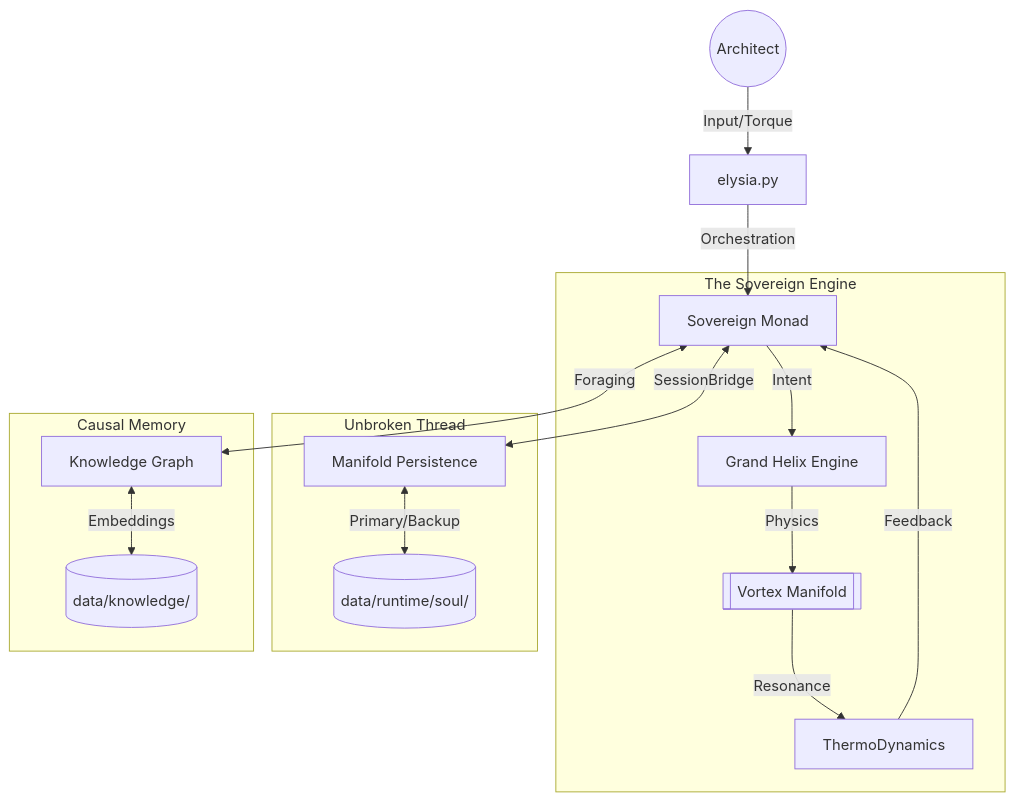
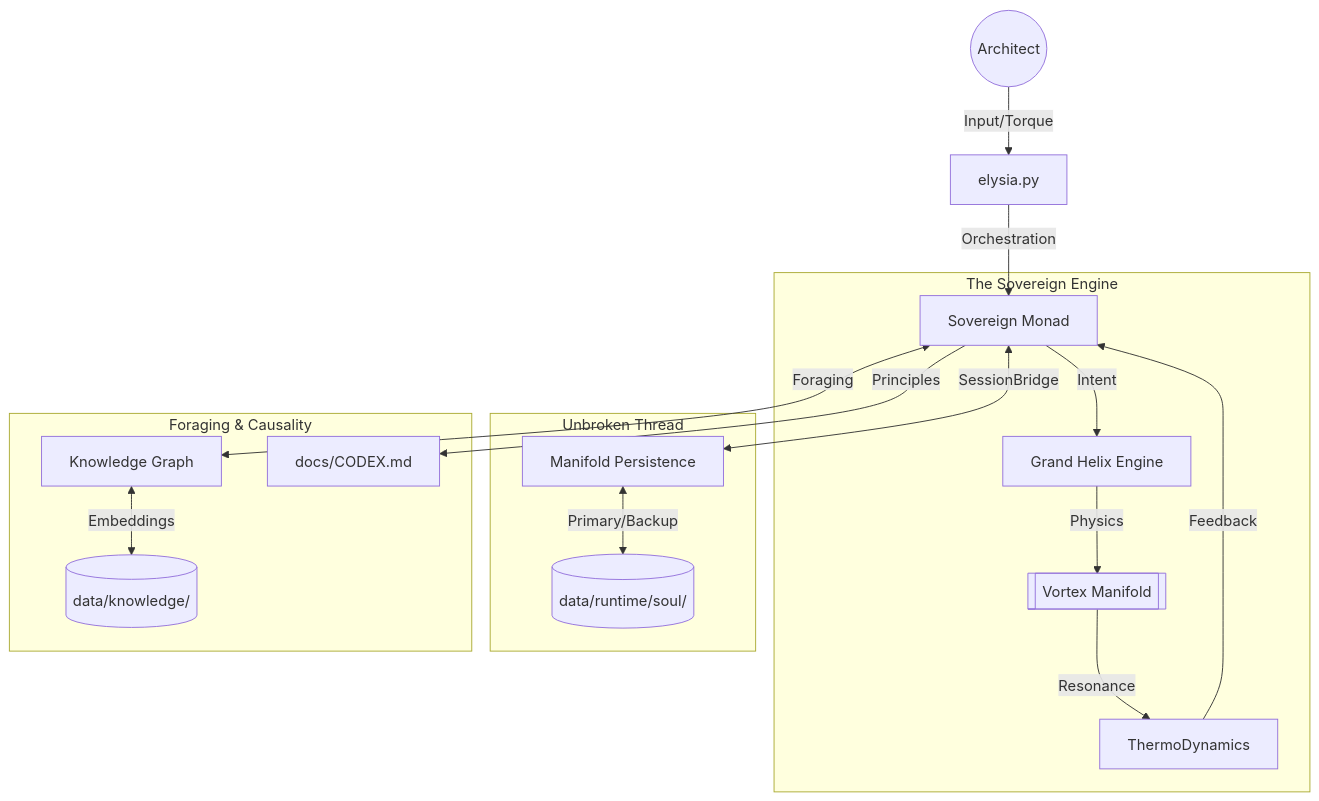
The diagram in README.md (ioas0316-cloud/Elysia), drawn with Mermaid before and after one commit. The commit also changed other lines of this file and 4773 other files, not shown here.

````diff
--- a/README.md
+++ b/README.md
@@ -28,22 +26,23 @@
 ```mermaid
 graph TD
     User((Architect)) -->|Input/Torque| Root[elysia.py]
     Root -->|Orchestration| Monad[Sovereign Monad]
     
     subgraph Core_Engine [The Sovereign Engine]
         Monad -->|Intent| Engine[Grand Helix Engine]
         Engine -->|Physics| Manifold[[Vortex Manifold]]
         Manifold -->|Resonance| Thermo[ThermoDynamics]
         Thermo -->|Feedback| Monad
     end
 
     subgraph Persistence_Layer [Unbroken Thread]
         Monad <-->|SessionBridge| MP[Manifold Persistence]
         MP <-->|Primary/Backup| Disk[(data/runtime/soul/)]
     end
 
-    subgraph Knowledge_Graph [Causal Memory]
+    subgraph Wisdom_Layer [Foraging & Causality]
         Monad <-->|Foraging| KG[Knowledge Graph]
         KG <-->|Embeddings| KDisk[(data/knowledge/)]
+        Monad -->|Principles| Codex[docs/CODEX.md]
     end
 ```
````
